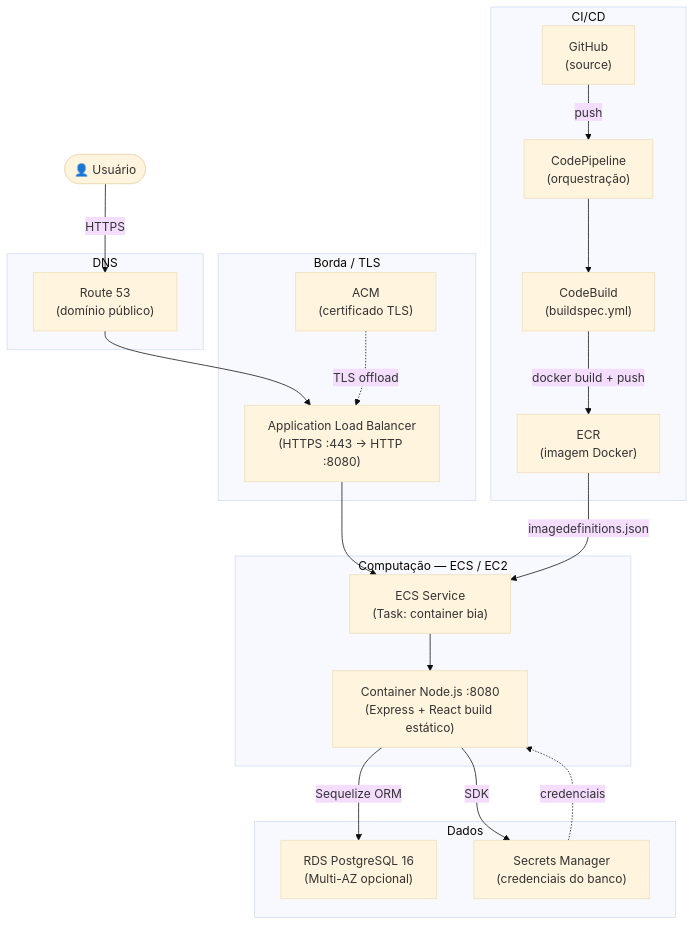
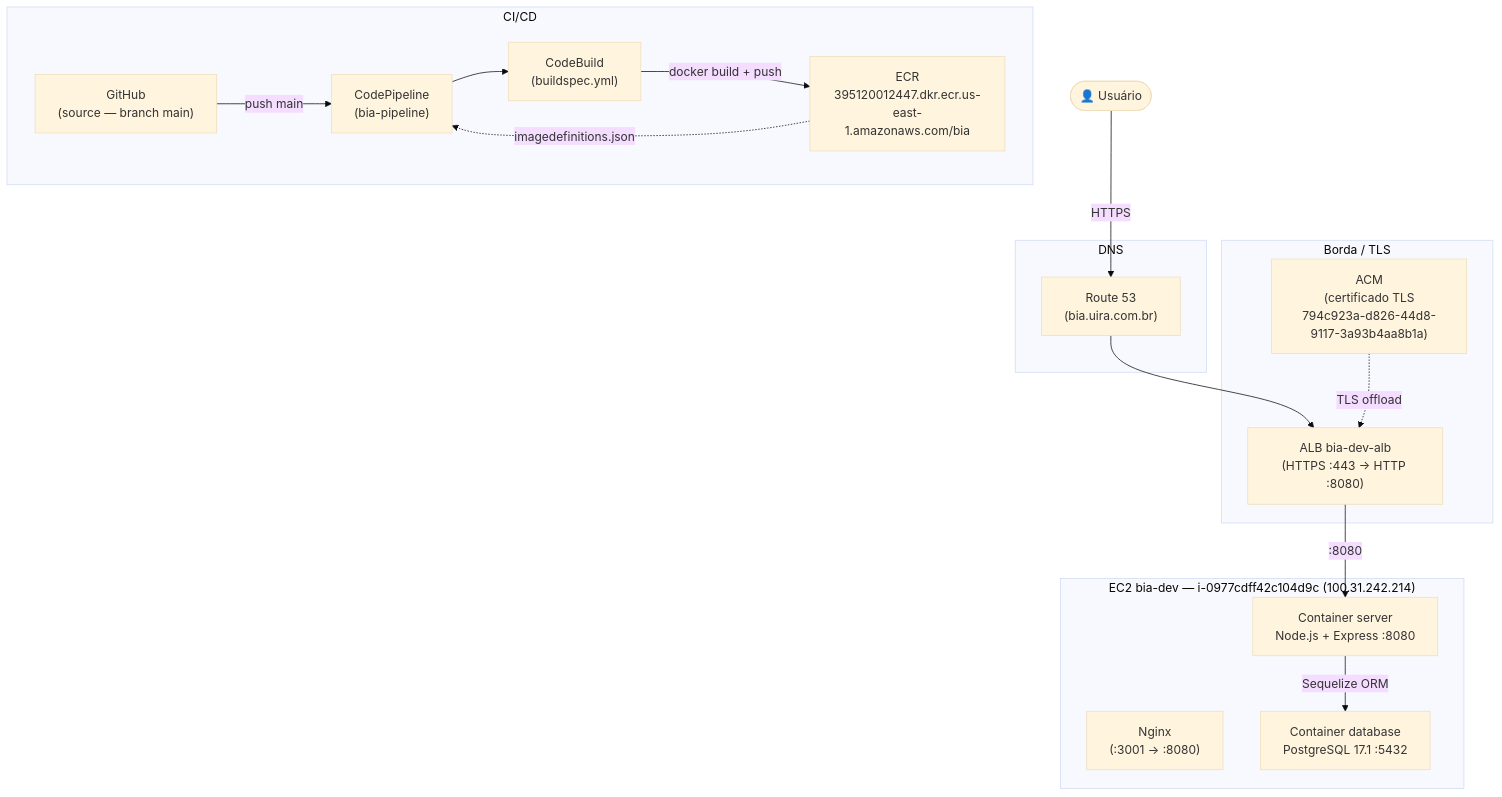
One commit to poccodedf/bia changed the first of 5 diagrams in docs/arquitetura-servico.md. Above: the diagram before and after it, drawn with Mermaid (base theme). The commit also changed other lines of this file and 12 other files, not shown here.

Commit message:
feat: update environment configuration and deployment scripts for bia-dev

````diff
--- a/docs/arquitetura-servico.md
+++ b/docs/arquitetura-servico.md
@@ -17,44 +17,37 @@
 ```mermaid
 flowchart TD
     User(["👤 Usuário"])
 
     subgraph DNS["DNS"]
-        R53["Route 53\n(domínio público)"]
+        R53["Route 53\n(bia.uira.com.br)"]
     end
 
     subgraph Edge["Borda / TLS"]
-        ACM["ACM\n(certificado TLS)"]
-        ALB["Application Load Balancer\n(HTTPS :443 → HTTP :8080)"]
+        ACM["ACM\n(certificado TLS\n794c923a-d826-44d8-9117-3a93b4aa8b1a)"]
+        ALB["ALB bia-dev-alb\n(HTTPS :443 → HTTP :8080)"]
     end
 
-    subgraph Compute["Computação — ECS / EC2"]
-        ECS["ECS Service\n(Task: container bia)"]
-        Container["Container Node.js :8080\n(Express + React build estático)"]
-    end
-
-    subgraph Data["Dados"]
-        RDS["RDS PostgreSQL 16\n(Multi-AZ opcional)"]
-        SM["Secrets Manager\n(credenciais do banco)"]
+    subgraph EC2["EC2 bia-dev — i-0977cdff42c104d9c (100.31.242.214)"]
+        Nginx["Nginx\n(:3001 → :8080)"]
+        App["Container server\nNode.js + Express :8080"]
+        DB["Container database\nPostgreSQL 17.1 :5432"]
     end
 
     subgraph CICD["CI/CD"]
-        GH["GitHub\n(source)"]
+        GH["GitHub\n(source — branch main)"]
         CB["CodeBuild\n(buildspec.yml)"]
-        ECR["ECR\n(imagem Docker)"]
-        CP["CodePipeline\n(orquestração)"]
+        ECR["ECR\n395120012447.dkr.ecr.us-east-1.amazonaws.com/bia"]
+        CP["CodePipeline\n(bia-pipeline)"]
     end
 
     User -->|HTTPS| R53
     R53 --> ALB
     ACM -.->|TLS offload| ALB
-    ALB --> ECS
-    ECS --> Container
-    Container -->|Sequelize ORM| RDS
-    Container -->|SDK| SM
-    SM -.->|credenciais| Container
+    ALB -->|":8080"| App
+    App -->|Sequelize ORM| DB
 
-    GH -->|push| CP
+    GH -->|push main| CP
     CP --> CB
     CB -->|docker build + push| ECR
-    ECR -->|imagedefinitions.json| ECS
+    ECR -.->|imagedefinitions.json| CP
 ```
````
